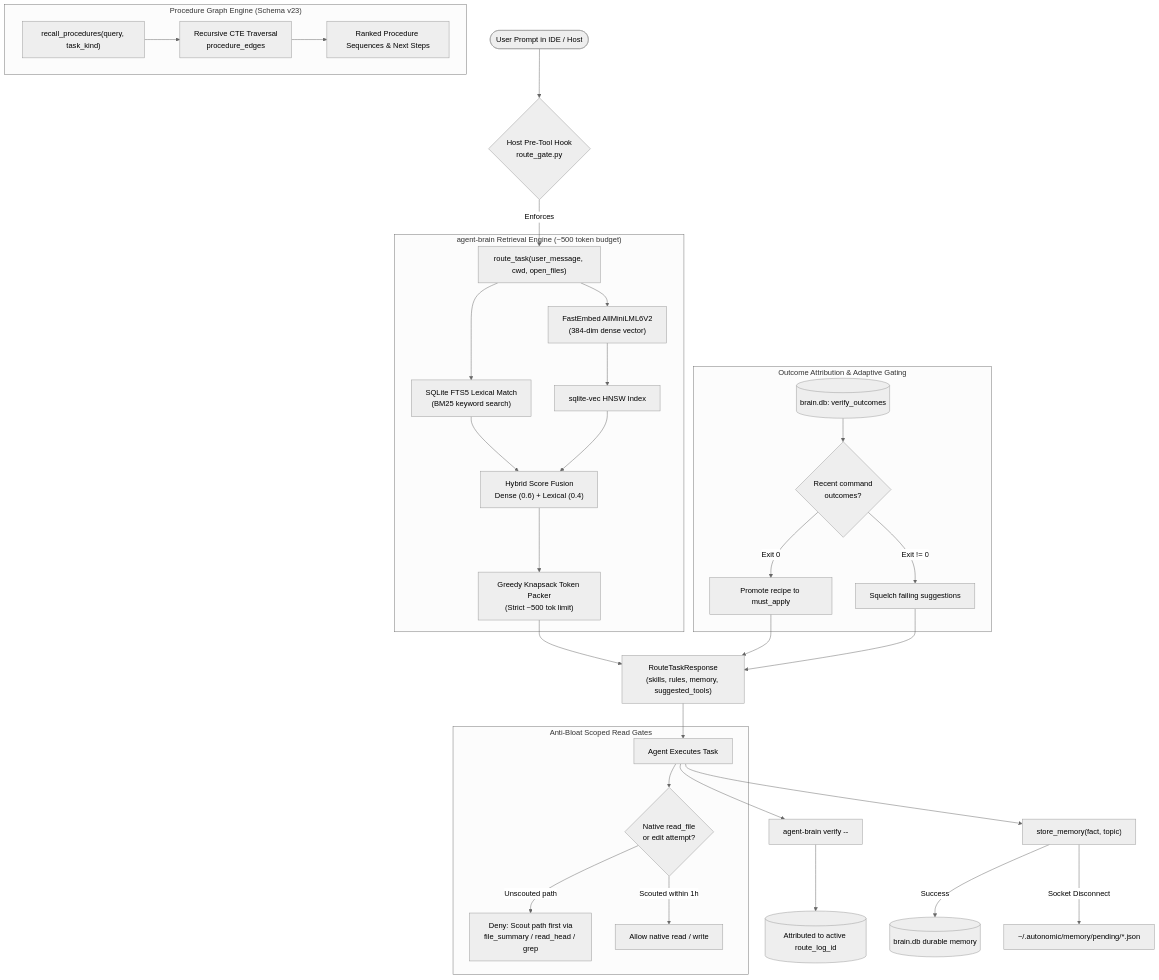
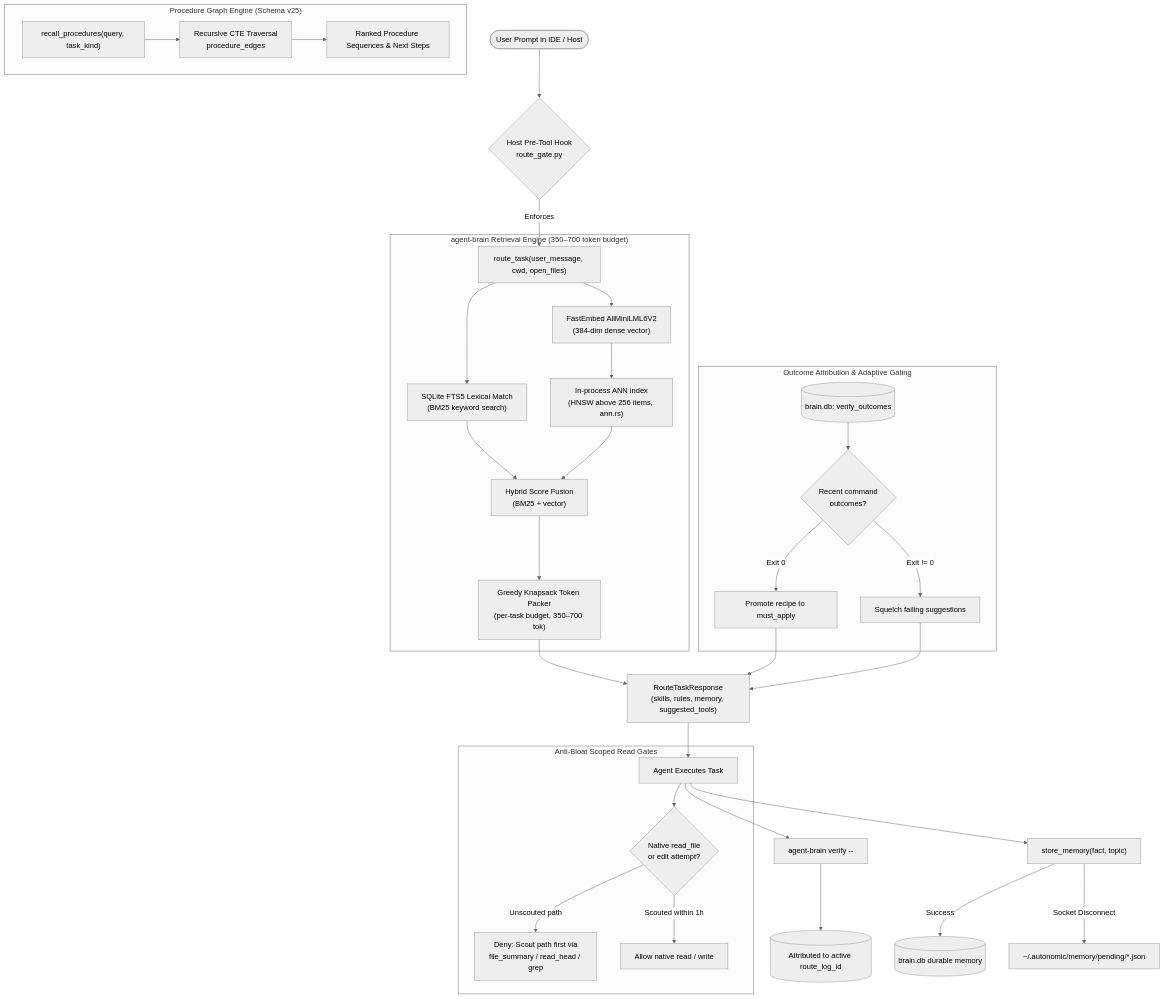
Before and after one commit to autonomic-ai-dev/agent-brain: the diagram in CONTEXT.md, drawn with Mermaid (neutral theme). The commit also changed other lines of this file and 1 other file, not shown here.

````diff
--- a/CONTEXT.md
+++ b/CONTEXT.md
@@ -24,39 +24,39 @@
 ```mermaid
 flowchart TD
     UserTurn([User Prompt in IDE / Host]) --> HookGate{Host Pre-Tool Hook<br>route_gate.py}
     HookGate -->|Enforces| RouteTask["route_task(user_message, cwd, open_files)"]
     
-    subgraph BrainEngine ["agent-brain Retrieval Engine (~500 token budget)"]
+    subgraph BrainEngine ["agent-brain Retrieval Engine (350–700 token budget)"]
         RouteTask --> QueryVec["FastEmbed AllMiniLML6V2<br>(384-dim dense vector)"]
         RouteTask --> QueryBM25["SQLite FTS5 Lexical Match<br>(BM25 keyword search)"]
-        QueryVec --> HNSW["sqlite-vec HNSW Index"]
-        QueryBM25 & HNSW --> HybridRerank["Hybrid Score Fusion<br>Dense (0.6) + Lexical (0.4)"]
-        HybridRerank --> BudgetPacker["Greedy Knapsack Token Packer<br>(Strict ~500 tok limit)"]
+        QueryVec --> HNSW["In-process ANN index<br>(HNSW above 256 items, ann.rs)"]
+        QueryBM25 & HNSW --> HybridRerank["Hybrid Score Fusion<br>(BM25 + vector)"]
+        HybridRerank --> BudgetPacker["Greedy Knapsack Token Packer<br>(per-task budget, 350–700 tok)"]
     end
 
     subgraph OutcomeLedger ["Outcome Attribution & Adaptive Gating"]
         VerifyDB[("brain.db: verify_outcomes")] --> HistoryCheck{"Recent command<br>outcomes?"}
         HistoryCheck -->|Exit 0| PromoteMustApply["Promote recipe to must_apply"]
         HistoryCheck -->|Exit != 0| SquelchRecipe["Squelch failing suggestions"]
     end
 
-    subgraph ProcedureEngine ["Procedure Graph Engine (Schema v23)"]
+    subgraph ProcedureEngine ["Procedure Graph Engine (Schema v25)"]
         RecallCmd["recall_procedures(query, task_kind)"] --> CTE["Recursive CTE Traversal<br>procedure_edges"]
         CTE --> ProcedureHits["Ranked Procedure Sequences & Next Steps"]
     end
 
     BudgetPacker & PromoteMustApply & SquelchRecipe --> RouteResponse["RouteTaskResponse<br>(skills, rules, memory, suggested_tools)"]
     RouteResponse --> AgentWork["Agent Executes Task"]
     
     subgraph ScopedReadGates ["Anti-Bloat Scoped Read Gates"]
         AgentWork --> NativeReadCheck{"Native read_file<br>or edit attempt?"}
         NativeReadCheck -->|Unscouted path| BlockRead["Deny: Scout path first via<br>file_summary / read_head / grep"]
         NativeReadCheck -->|Scouted within 1h| AllowRead["Allow native read / write"]
     end
 
     AgentWork --> VerifyCmd["agent-brain verify -- <cmd>"]
     VerifyCmd --> RecordOutcome[("Attributed to active route_log_id")]
     AgentWork --> StoreMem["store_memory(fact, topic)"]
     StoreMem -->|Success| SaveDB[("brain.db durable memory")]
     StoreMem -->|Socket Disconnect| PendingQueue["~/.autonomic/memory/pending/*.json"]
 ```
````
